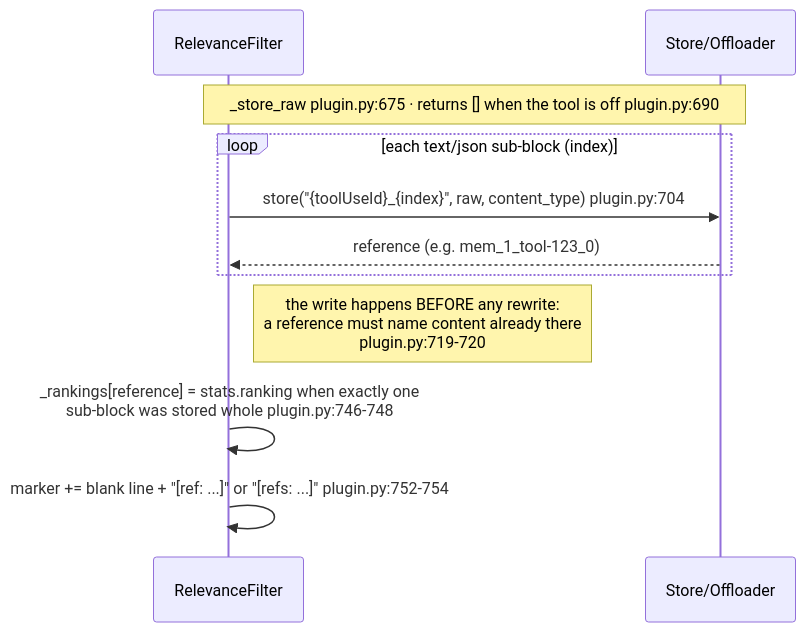
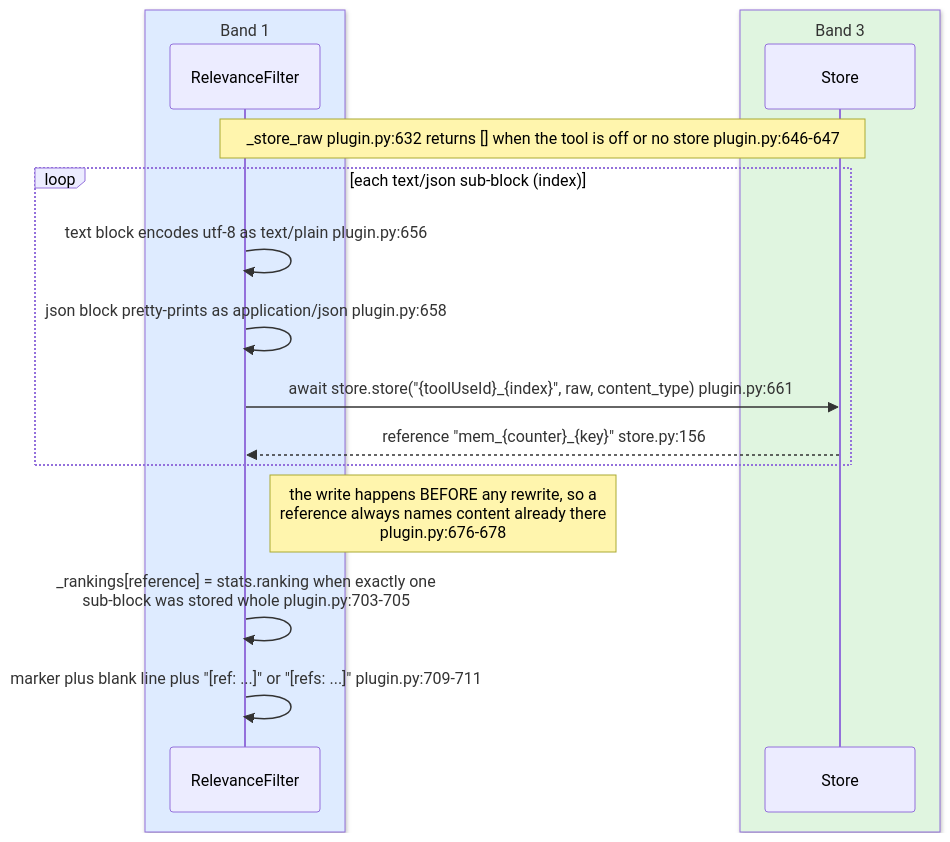
One commit to aws-samples/sample-context-engineering changed the second of 4 diagrams in docs/design/sequence/sequence-a-relevance-filtering.md. Above: the diagram before and after it, drawn with Mermaid. The commit also changed other lines of this file and 22 other files, not shown here.

````diff
--- a/docs/design/sequence/sequence-a-relevance-filtering.md
+++ b/docs/design/sequence/sequence-a-relevance-filtering.md
@@ -180,14 +262,20 @@
 ```mermaid
 sequenceDiagram
-    participant RF as RelevanceFilter
-    participant Store as Store/Offloader
+    box rgb(222,235,255) Band 1
+        participant RF as RelevanceFilter
+    end
+    box rgb(224,245,224) Band 3
+        participant Store as Store
+    end
 
-    Note over RF,Store: _store_raw  plugin.py:675  · returns [] when the tool is off  plugin.py:690
+    Note over RF,Store: _store_raw  plugin.py:632  returns [] when the tool is off or no store  plugin.py:646-647
     loop each text/json sub-block (index)
-        RF->>Store: store("{toolUseId}_{index}", raw, content_type)  plugin.py:704
-        Store-->>RF: reference (e.g. mem_1_tool-123_0)
+        RF->>RF: text block encodes utf-8 as text/plain  plugin.py:656
+        RF->>RF: json block pretty-prints as application/json  plugin.py:658
+        RF->>Store: await store.store("{toolUseId}_{index}", raw, content_type)  plugin.py:661
+        Store-->>RF: reference "mem_{counter}_{key}"  store.py:156
     end
-    Note right of RF: the write happens BEFORE any rewrite:<br/>a reference must name content already there<br/>plugin.py:719-720
-    RF->>RF: _rankings[reference] = stats.ranking when exactly one<br/>sub-block was stored whole  plugin.py:746-748
-    RF->>RF: marker += blank line + "[ref: ...]" or "[refs: ...]"  plugin.py:752-754
+    Note right of RF: the write happens BEFORE any rewrite, so a<br/>reference always names content already there<br/>plugin.py:676-678
+    RF->>RF: _rankings[reference] = stats.ranking when exactly one<br/>sub-block was stored whole  plugin.py:703-705
+    RF->>RF: marker plus blank line plus "[ref: ...]" or "[refs: ...]"  plugin.py:709-711
 ```
````
